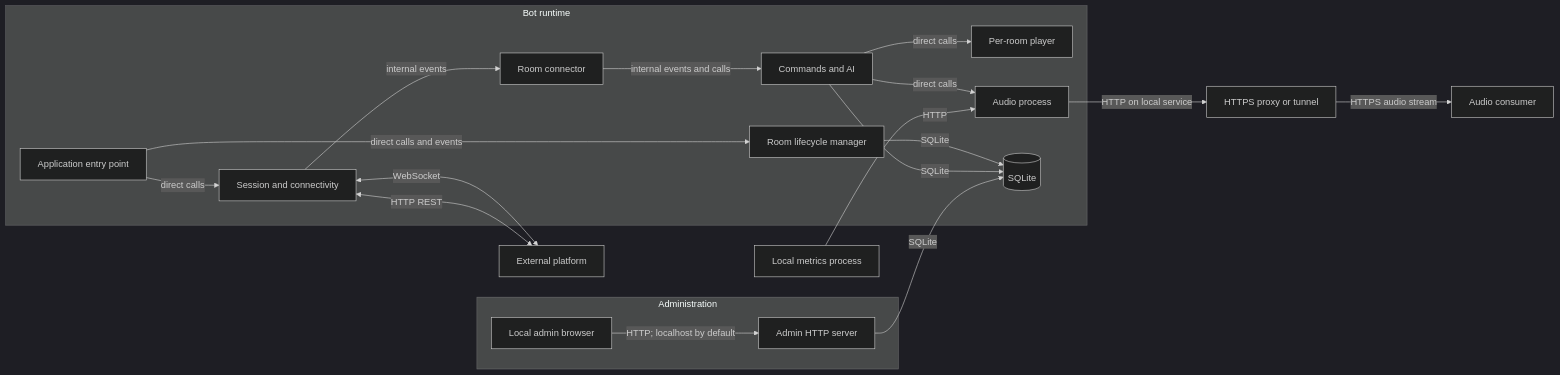
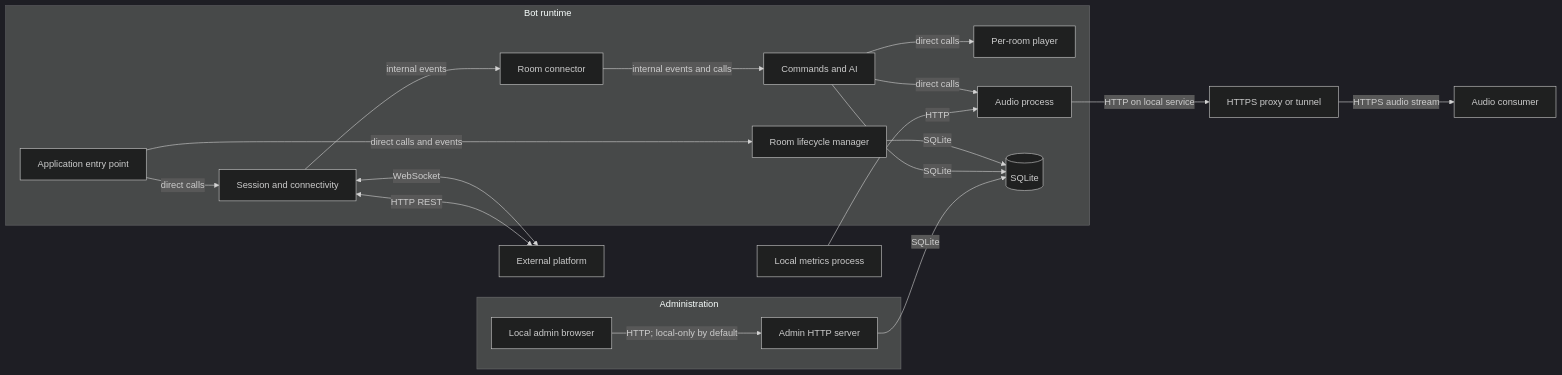
Before and after one commit to ezeinfamia2903/neromusic-portfolio: the third of 4 diagrams in docs/architecture.md, drawn with Mermaid (dark theme). The commit also changed other lines of this file and 6 other files, not shown here.

Commit message:
docs: refine public portfolio and architecture

````diff
--- a/docs/architecture.md
+++ b/docs/architecture.md
@@ -106,37 +70,37 @@
 ```mermaid
 flowchart LR
     subgraph Bot[Bot runtime]
         ENTRY[Application entry point]
         CONN[Session and connectivity]
         ROOM[Room connector]
         CMDS[Commands and AI]
         PLAYER[Per-room player]
         MANAGER[Room lifecycle manager]
         AUDIO[Audio process]
         DB[(SQLite)]
         ENTRY -->|direct calls| CONN
         CONN -->|internal events| ROOM
         ROOM -->|internal events and calls| CMDS
         CMDS -->|direct calls| PLAYER
         CMDS -->|direct calls| AUDIO
         ENTRY -->|direct calls and events| MANAGER
         MANAGER -->|SQLite| DB
         CMDS -->|SQLite| DB
     end
 
     PLATFORM[External platform]
     CONN <-->|WebSocket| PLATFORM
     CONN <-->|HTTP REST| PLATFORM
 
     subgraph Admin[Administration]
         BROWSER[Local admin browser]
         PANEL[Admin HTTP server]
-        BROWSER -->|HTTP; localhost by default| PANEL
+        BROWSER -->|HTTP; local-only by default| PANEL
         PANEL -->|SQLite| DB
     end
 
     CLIENT[Audio consumer]
     AUDIO -->|HTTP on local service| PROXY[HTTPS proxy or tunnel]
     PROXY -->|HTTPS audio stream| CLIENT
     METRICS[Local metrics process] -->|HTTP| AUDIO
 ```
````
